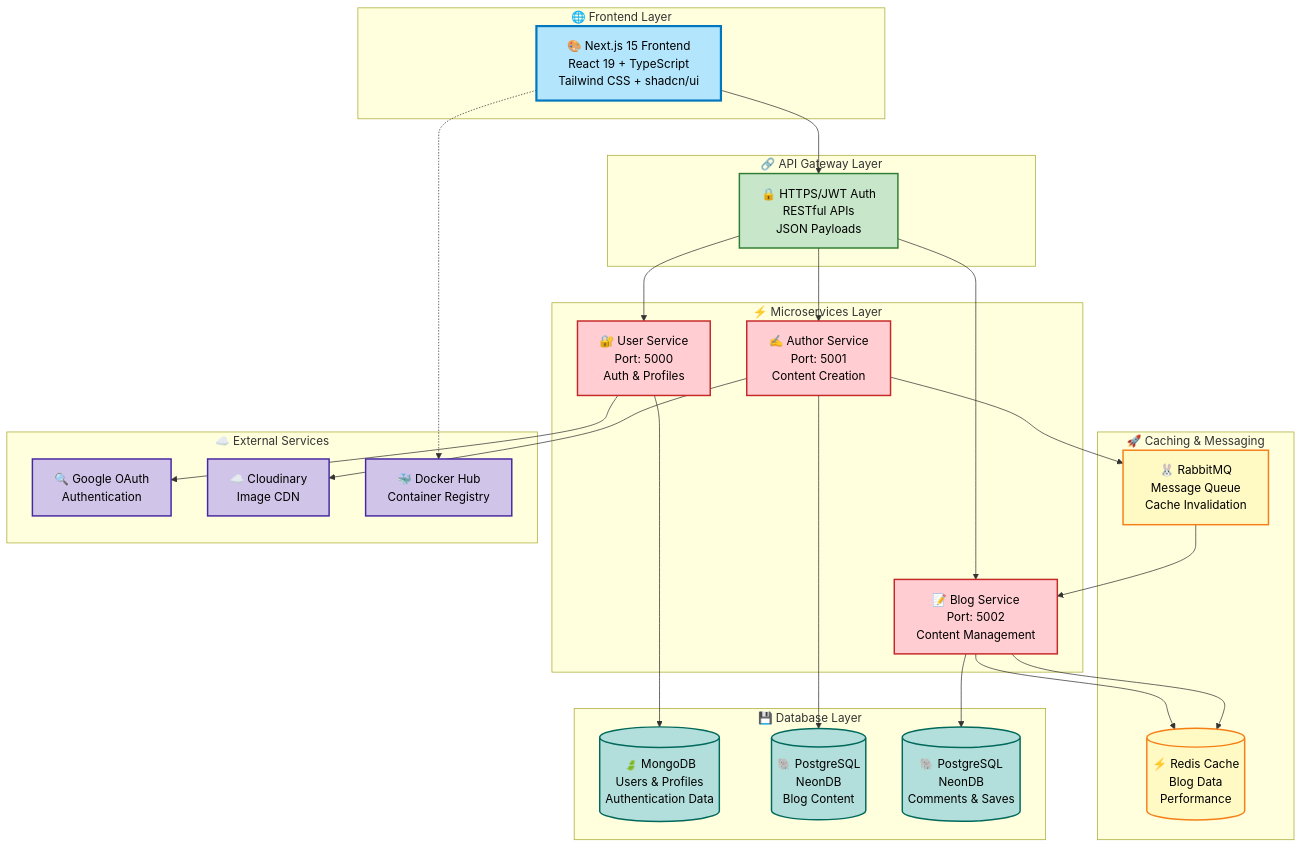
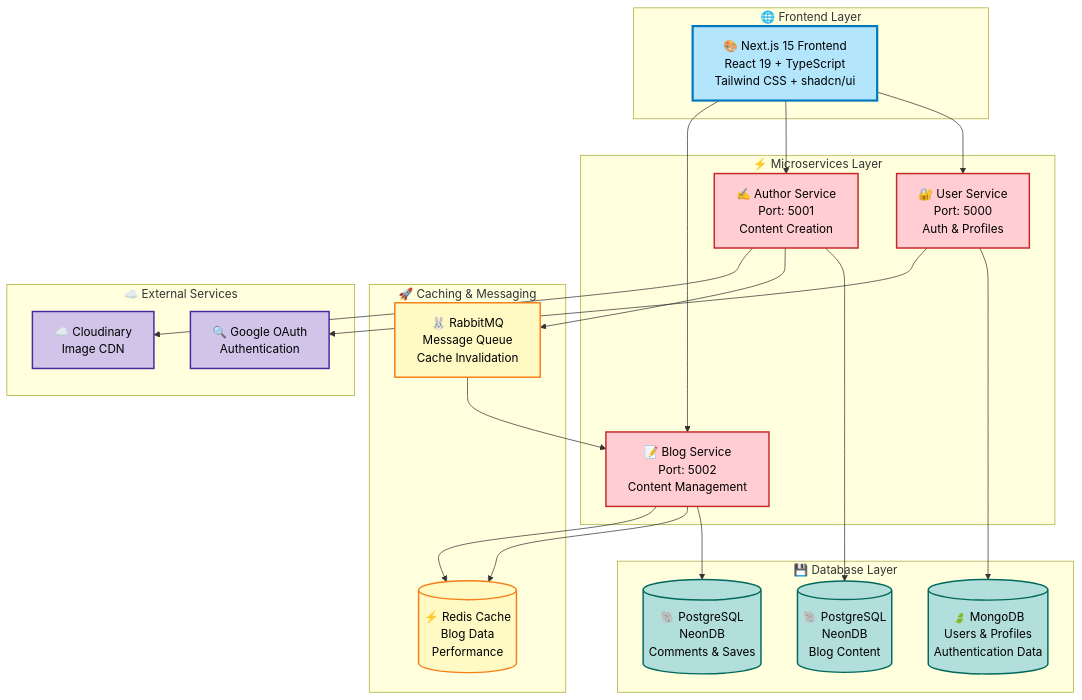
The first of 2 diagrams in README.md (sajjad6ansari/Blog-App-Microservices-frontend), drawn with Mermaid before and after one commit.

````diff
--- a/README.md
+++ b/README.md
@@ -57,70 +57,65 @@
 ```mermaid
 graph TB
     subgraph "🌐 Frontend Layer"
         FE[🎨 Next.js 15 Frontend<br/>React 19 + TypeScript<br/>Tailwind CSS + shadcn/ui]
     end
     
-    subgraph "🔗 API Gateway Layer"
-        HTTP[🔒 HTTPS/JWT Auth<br/>RESTful APIs<br/>JSON Payloads]
-    end
     
     subgraph "⚡ Microservices Layer"
         US[🔐 User Service<br/>Port: 5000<br/>Auth & Profiles]
         AS[✍️ Author Service<br/>Port: 5001<br/>Content Creation]
         BS[📝 Blog Service<br/>Port: 5002<br/>Content Management]
     end
     
     subgraph "💾 Database Layer"
         MONGO[(🍃 MongoDB<br/>Users & Profiles<br/>Authentication Data)]
         POSTGRES1[(🐘 PostgreSQL<br/>NeonDB<br/>Blog Content)]
         POSTGRES2[(🐘 PostgreSQL<br/>NeonDB<br/>Comments & Saves)]
     end
     
     subgraph "🚀 Caching & Messaging"
         REDIS[(⚡ Redis Cache<br/>Blog Data<br/>Performance)]
         RABBIT[🐰 RabbitMQ<br/>Message Queue<br/>Cache Invalidation]
     end
     
     subgraph "☁️ External Services"
         GOOGLE[🔍 Google OAuth<br/>Authentication]
         CLOUD[☁️ Cloudinary<br/>Image CDN]
-        DOCKER[🐳 Docker Hub<br/>Container Registry]
     end
     
     %% Frontend connections
-    FE --> HTTP
-    HTTP --> US
-    HTTP --> AS  
-    HTTP --> BS
+    FE --> US
+    FE --> AS  
+    FE --> BS
     
     %% Service to database connections
     US --> MONGO
     AS --> POSTGRES1
     BS --> POSTGRES2
     BS --> REDIS
     
     %% Inter-service communication
     AS --> RABBIT
     RABBIT --> BS
     BS --> REDIS
     
     %% External service connections
     US --> GOOGLE
     AS --> CLOUD
-    FE -.-> DOCKER
+    %% Docker Hub registry reference removed from diagram
     
     %% Styling with high contrast text
     classDef frontend fill:#b3e5fc,stroke:#0277bd,stroke-width:3px,color:#000
     classDef microservice fill:#ffcdd2,stroke:#c62828,stroke-width:2px,color:#000
     classDef database fill:#b2dfdb,stroke:#00695c,stroke-width:2px,color:#000
     classDef cache fill:#fff9c4,stroke:#f57f17,stroke-width:2px,color:#000
     classDef external fill:#d1c4e9,stroke:#4527a0,stroke-width:2px,color:#000
     classDef api fill:#c8e6c9,stroke:#2e7d32,stroke-width:2px,color:#000
     
     class FE frontend
     class US,AS,BS microservice
     class MONGO,POSTGRES1,POSTGRES2 database
     class REDIS,RABBIT cache
-    class GOOGLE,CLOUD,DOCKER external
-    class HTTP api
+    class GOOGLE,CLOUD external
+    
 ```
````
